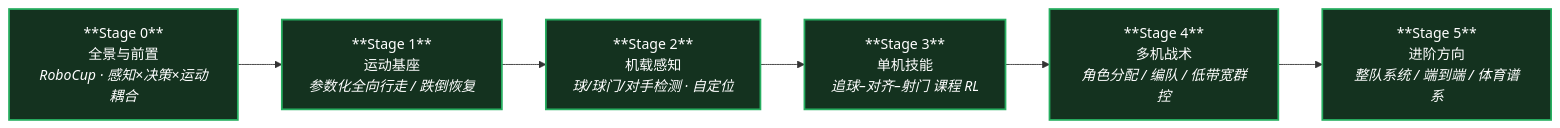
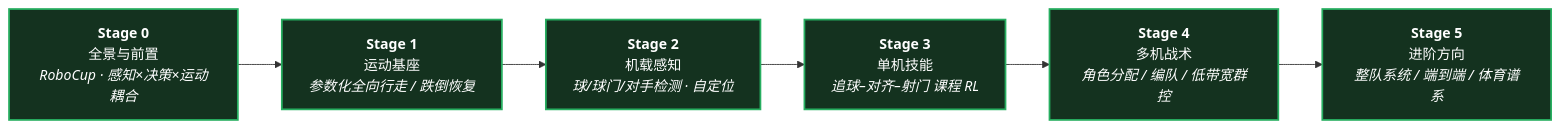
One commit to ImChong/Robotics_Notebooks changed the diagram in roadmap/depth-humanoid-soccer.md. Above: the diagram before and after it, drawn with Mermaid. The commit also changed 27 other files, not shown here.

First line of the commit message:
fix(ux): 修复纵深路线一览 Mermaid 节点 ** 原样显示

````diff
--- a/roadmap/depth-humanoid-soccer.md
+++ b/roadmap/depth-humanoid-soccer.md
@@ -7,14 +7,14 @@
 ```mermaid
 flowchart LR
-  S0["**Stage 0**<br/>全景与前置<br/><em>RoboCup · 感知×决策×运动耦合</em>"]
-  S1["**Stage 1**<br/>运动基座<br/><em>参数化全向行走 / 跌倒恢复</em>"]
-  S2["**Stage 2**<br/>机载感知<br/><em>球/球门/对手检测 · 自定位</em>"]
-  S3["**Stage 3**<br/>单机技能<br/><em>追球–对齐–射门 课程 RL</em>"]
-  S4["**Stage 4**<br/>多机战术<br/><em>角色分配 / 编队 / 低带宽群控</em>"]
-  S5["**Stage 5**<br/>进阶方向<br/><em>整队系统 / 端到端 / 体育谱系</em>"]
+  S0["<b>Stage 0</b><br/>全景与前置<br/><em>RoboCup · 感知×决策×运动耦合</em>"]
+  S1["<b>Stage 1</b><br/>运动基座<br/><em>参数化全向行走 / 跌倒恢复</em>"]
+  S2["<b>Stage 2</b><br/>机载感知<br/><em>球/球门/对手检测 · 自定位</em>"]
+  S3["<b>Stage 3</b><br/>单机技能<br/><em>追球–对齐–射门 课程 RL</em>"]
+  S4["<b>Stage 4</b><br/>多机战术<br/><em>角色分配 / 编队 / 低带宽群控</em>"]
+  S5["<b>Stage 5</b><br/>进阶方向<br/><em>整队系统 / 端到端 / 体育谱系</em>"]
 
   S0 --> S1 --> S2 --> S3 --> S4 --> S5
 
   classDef stage fill:#14321f,stroke:#27ae60,stroke-width:2px,color:#fff
   class S0,S1,S2,S3,S4,S5 stage
 ```
````
